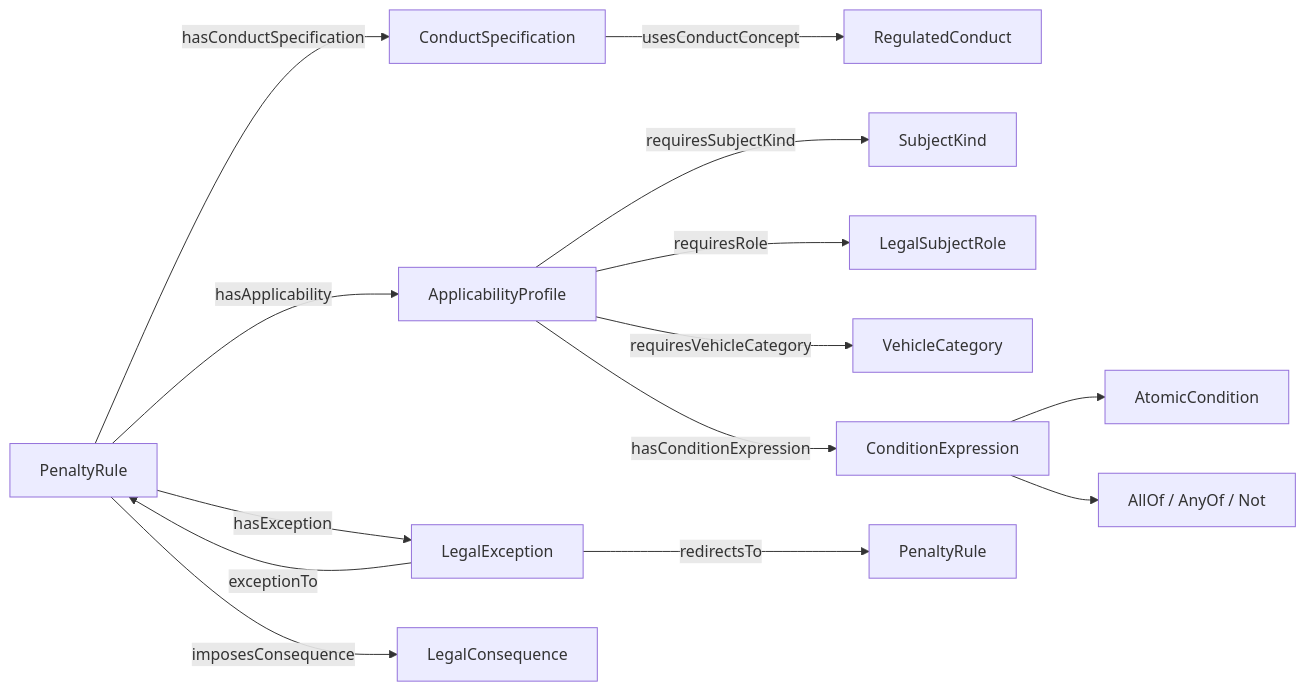
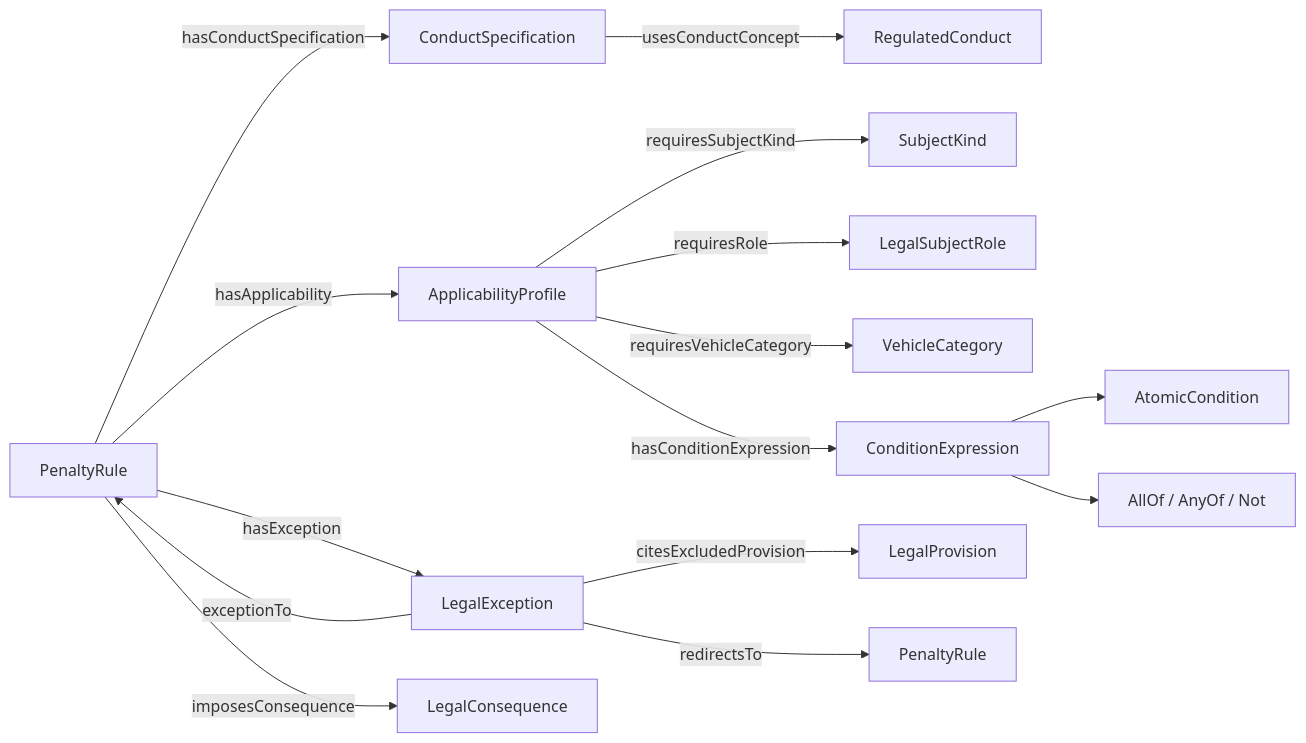
One commit to vdat-18/legal-ontology-rag changed the third of 6 diagrams in docs/ontology_construction_plan.md. Above: the diagram before and after it, drawn with Mermaid. The commit also changed other lines of this file and 3 other files, not shown here.

````diff
--- a/docs/ontology_construction_plan.md
+++ b/docs/ontology_construction_plan.md
@@ -618,16 +846,17 @@
 ```mermaid
 flowchart LR
     R["PenaltyRule"] -->|hasConductSpecification| CS["ConductSpecification"]
     CS -->|usesConductConcept| CC["RegulatedConduct"]
     R -->|hasApplicability| AP["ApplicabilityProfile"]
     AP -->|requiresSubjectKind| SK["SubjectKind"]
     AP -->|requiresRole| SR["LegalSubjectRole"]
     AP -->|requiresVehicleCategory| VC["VehicleCategory"]
     AP -->|hasConditionExpression| CE["ConditionExpression"]
     CE --> AC["AtomicCondition"]
     CE --> CG["AllOf / AnyOf / Not"]
     R -->|hasException| EX["LegalException"]
     EX -->|exceptionTo| R
+    EX -->|citesExcludedProvision| EP["LegalProvision"]
     EX -->|redirectsTo| RR["PenaltyRule"]
     R -->|imposesConsequence| CO["LegalConsequence"]
 ```
````
